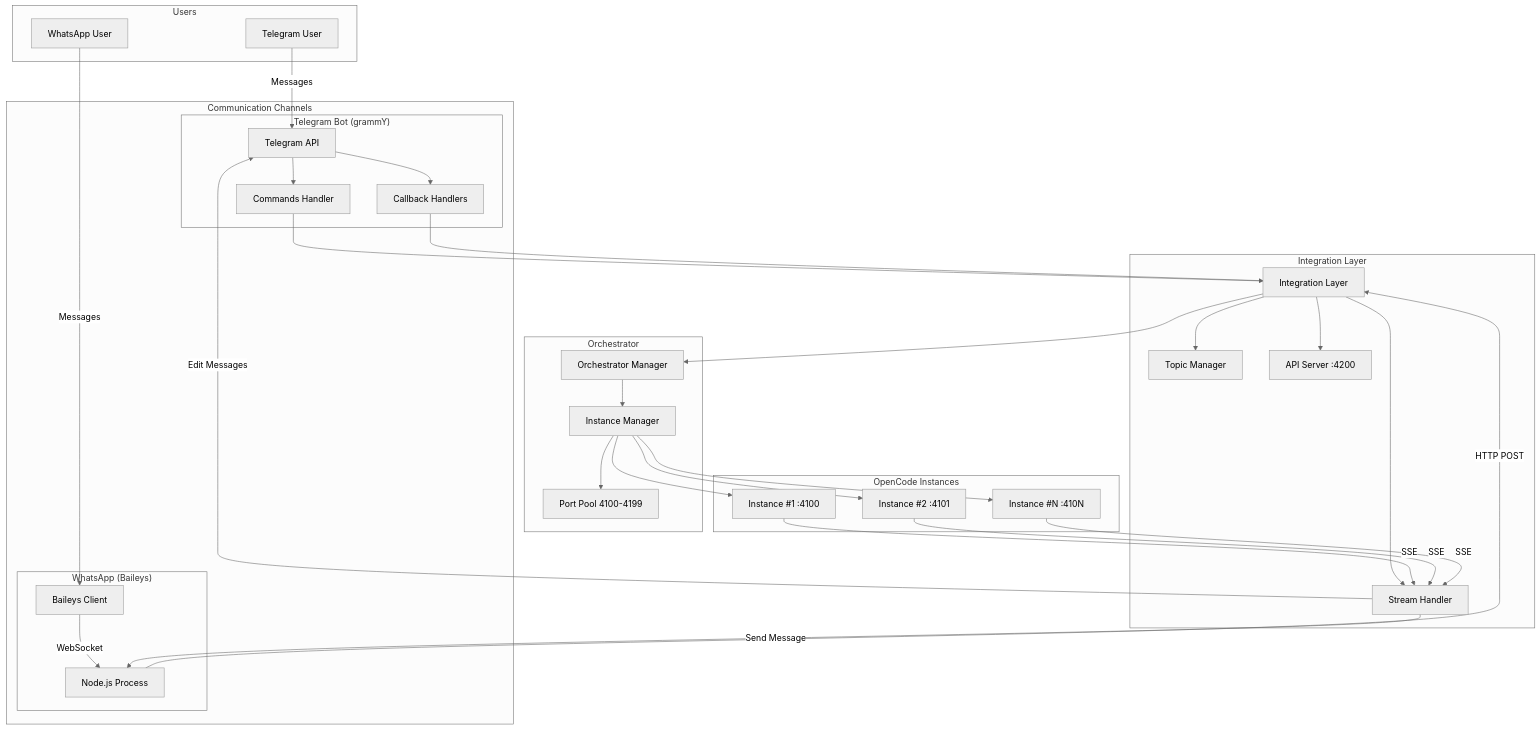
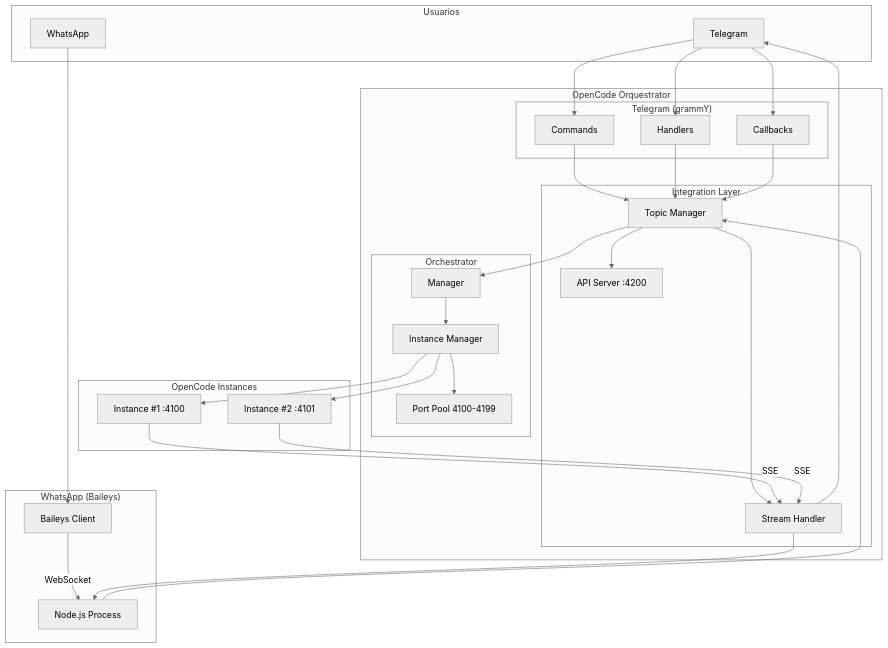
One commit to tadaokatzuki/opencode-telegram changed the first of 2 diagrams in DESIGN.md. Above: the diagram before and after it, drawn with Mermaid (neutral theme). The commit also changed other lines of this file, not shown here.

````diff
--- a/DESIGN.md
+++ b/DESIGN.md
@@ -913,67 +20,63 @@
 ```mermaid
 graph TB
-    subgraph Users["Users"]
-        TG[Telegram User]
-        WA[WhatsApp User]
+    subgraph Users["Usuarios"]
+        TG[Telegram]
+        WA[WhatsApp]
     end
 
-    subgraph Channels["Communication Channels"]
-        subgraph Telegram["Telegram Bot (grammY)"]
-            TG_API[Telegram API]
-            Commands[Commands Handler]
-            Callbacks[Callback Handlers]
+    subgraph Bot["OpenCode Orquestrator"]
+        subgraph Telegram["Telegram (grammY)"]
+            CMD[Commands]
+            HDL[Handlers]
+            CB[Callbacks]
         end
 
-        subgraph WhatsApp["WhatsApp (Baileys)"]
-            WA_Client[Baileys Client]
-            WA_Node[Node.js Process]
+        subgraph Core["Integration Layer"]
+            TM[Topic Manager]
+            SH[Stream Handler]
+            API[API Server :4200]
+        end
+
+        subgraph Orchestrator["Orchestrator"]
+            OM[Manager]
+            IM[Instance Manager]
+            PP[Port Pool 4100-4199]
         end
     end
 
-    subgraph Core["Integration Layer"]
-        IL[Integration Layer]
-        TM[Topic Manager]
-        SH[Stream Handler]
-        API_S[API Server :4200]
-    end
-
-    subgraph Orchestrator["Orchestrator"]
-        OM[Orchestrator Manager]
-        IM[Instance Manager]
-        PP[Port Pool 4100-4199]
+    subgraph WhatsApp["WhatsApp (Baileys)"]
+        BC[Baileys Client]
+        NP[Node.js Process]
     end
 
     subgraph OpenCode["OpenCode Instances"]
         OC1[Instance #1 :4100]
         OC2[Instance #2 :4101]
-        OCn[Instance #N :410N]
     end
 
-    TG -->|Messages| TG_API
-    WA -->|Messages| WA_Client
-    WA_Client -->|WebSocket| WA_Node
-    WA_Node -->|HTTP POST| IL
+    TG --> CMD
+    TG --> HDL
+    TG --> CB
+    WA --> BC
+    BC -->|WebSocket| NP
 
-    TG_API --> Commands
-    TG_API --> Callbacks
-    Commands --> IL
-    Callbacks --> IL
+    CMD --> TM
+    HDL --> TM
+    CB --> TM
+    NP --> TM
 
-    IL --> TM
-    IL --> SH
-    IL --> API_S
-    IL --> OM
+    TM --> SH
+    TM --> API
+    TM --> OM
 
     OM --> IM
     IM --> PP
     IM --> OC1
     IM --> OC2
-    IM --> OCn
 
     OC1 -->|SSE| SH
     OC2 -->|SSE| SH
-    OCn -->|SSE| SH
 
-    SH -->|Edit Messages| TG_API
-    SH -->|Send Message| WA_Node
+    SH --> TG
+    SH --> NP
 ```
````
